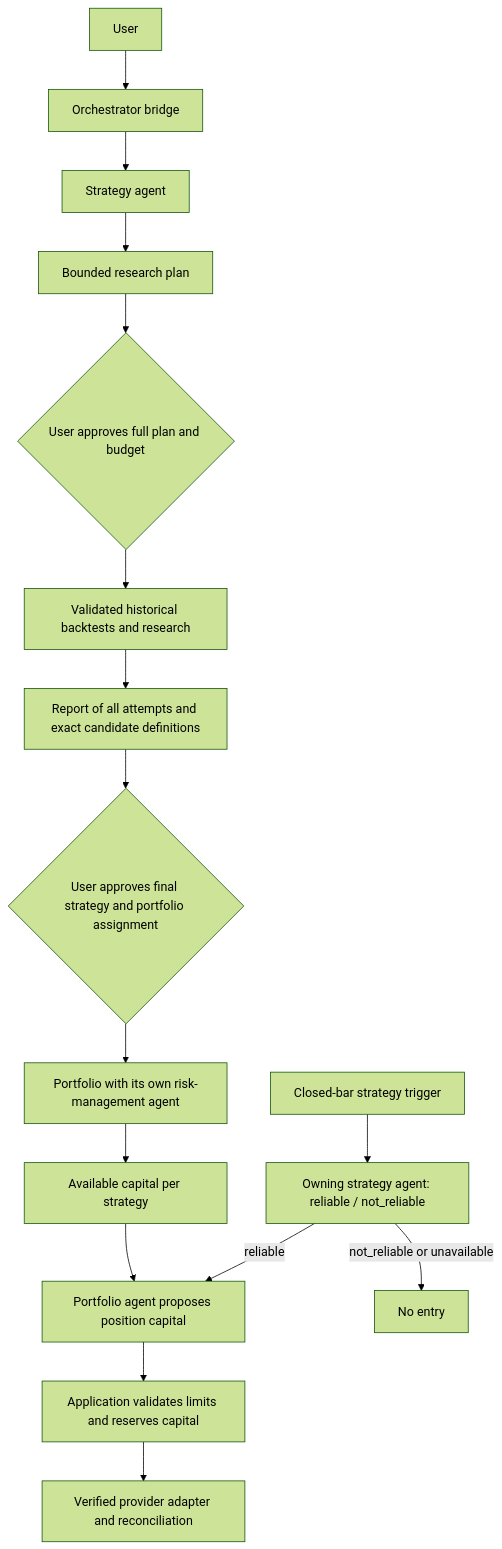
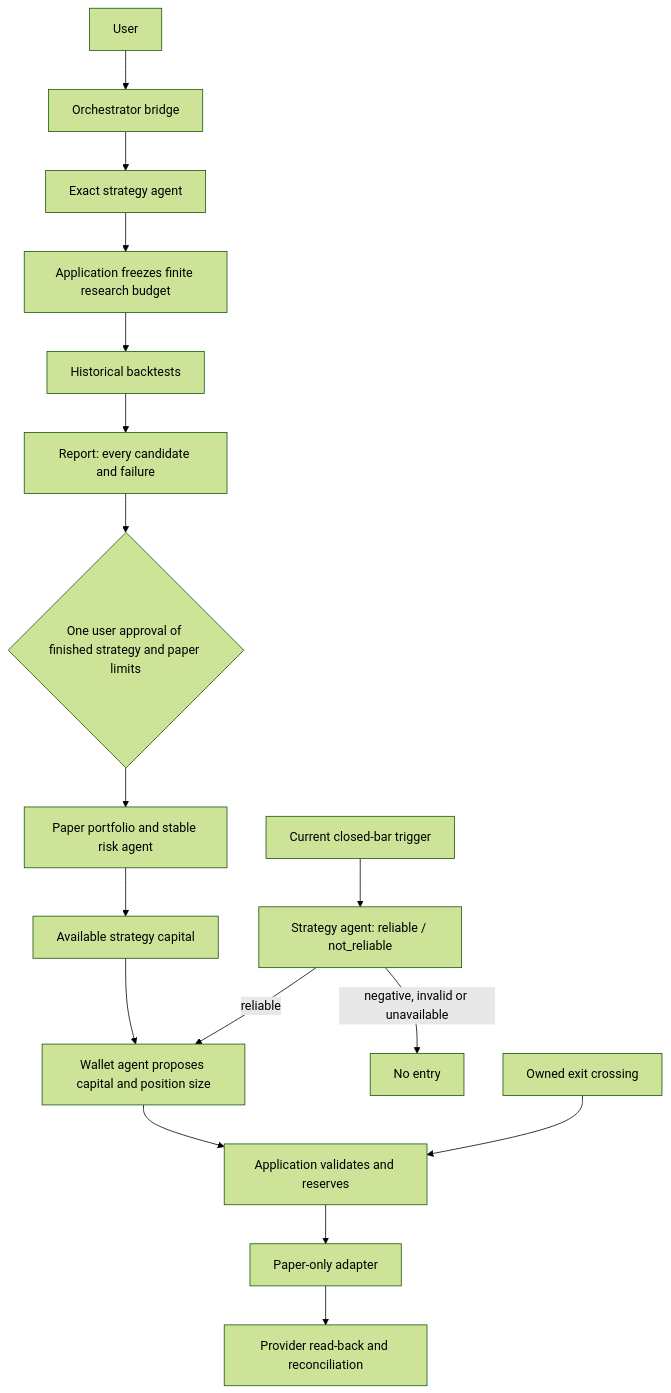
Before and after one commit to JKGiova/stratosphere: the diagram in docs/agent-workflow.md, drawn with Mermaid (forest theme). The commit also changed other lines of this file and 26 other files, not shown here.

Commit message:
Add final strategy approval and bounded paper execution [skip ci]

````diff
--- a/docs/agent-workflow.md
+++ b/docs/agent-workflow.md
@@ -9,18 +11,19 @@
 ```mermaid
 flowchart TD
     U[User] --> O[Orchestrator bridge]
-    O --> S[Strategy agent]
-    S --> P[Bounded research plan]
-    P --> A{User approves full plan and budget}
-    A --> B[Validated historical backtests and research]
-    B --> R[Report of all attempts and exact candidate definitions]
-    R --> F{User approves final strategy and portfolio assignment}
-    F --> W[Portfolio with its own risk-management agent]
-    W --> C[Available capital per strategy]
-    T[Closed-bar strategy trigger] --> V[Owning strategy agent: reliable / not_reliable]
-    V -->|reliable| Z[Portfolio agent proposes position capital]
-    V -->|not_reliable or unavailable| D[No entry]
+    O --> S[Exact strategy agent]
+    S --> P[Application freezes finite research budget]
+    P --> B[Historical backtests]
+    B --> R[Report: every candidate and failure]
+    R --> F{One user approval of finished strategy and paper limits}
+    F --> W[Paper portfolio and stable risk agent]
+    W --> C[Available strategy capital]
+    T[Current closed-bar trigger] --> V[Strategy agent: reliable / not_reliable]
+    V -->|reliable| Z[Wallet agent proposes capital and position size]
+    V -->|negative, invalid or unavailable| D[No entry]
     C --> Z
-    Z --> G[Application validates limits and reserves capital]
-    G --> X[Verified provider adapter and reconciliation]
+    Z --> G[Application validates and reserves]
+    G --> X[Paper-only adapter]
+    X --> Q[Provider read-back and reconciliation]
+    E[Owned exit crossing] --> G
 ```
````
